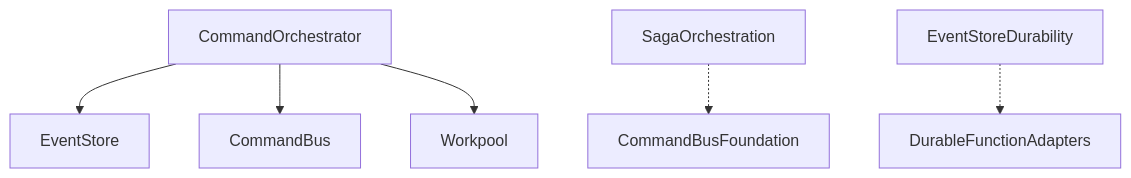
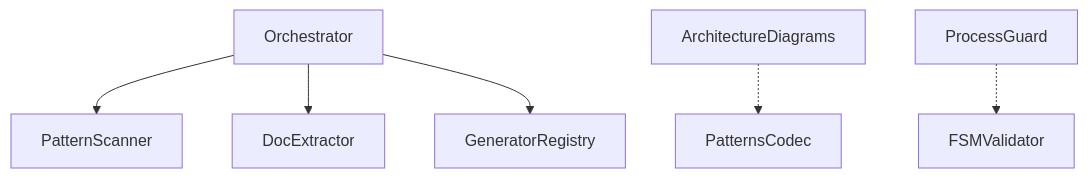
Before and after one commit to libar-dev/architect: the diagram in README.md, drawn with Mermaid. The commit also changed other lines of this file and 1 other file, not shown here.

````diff
--- a/README.md
+++ b/README.md
@@ -55,8 +156,8 @@
 ```mermaid
 graph TD
-    CommandOrchestrator --> EventStore
-    CommandOrchestrator --> CommandBus
-    CommandOrchestrator --> Workpool
-    SagaOrchestration -.-> CommandBusFoundation
-    EventStoreDurability -.-> DurableFunctionAdapters
+    Orchestrator --> PatternScanner
+    Orchestrator --> DocExtractor
+    Orchestrator --> GeneratorRegistry
+    ArchitectureDiagrams -.-> PatternsCodec
+    ProcessGuard -.-> FSMValidator
 ```
````
